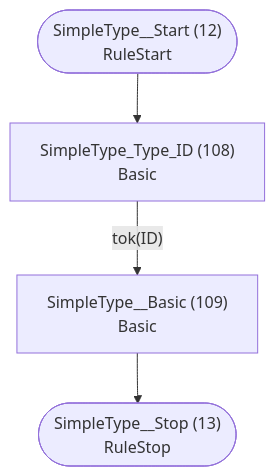
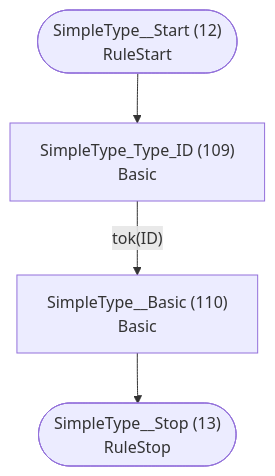
Before and after one commit to TypeFox/fastbelt: the seventh of 26 diagrams in internal/grammar/atn.md, drawn with Mermaid. The commit also changed other lines of this file and 53 other files, not shown here.

````diff
--- a/internal/grammar/atn.md
+++ b/internal/grammar/atn.md
@@ -188,11 +190,11 @@
 ```mermaid
 flowchart TD
     q12(["SimpleType__Start (12)<br/>RuleStart"])
     q13(["SimpleType__Stop (13)<br/>RuleStop"])
-    q108["SimpleType_Type_ID (108)<br/>Basic<br/>"]
-    q109["SimpleType__Basic (109)<br/>Basic<br/>"]
+    q109["SimpleType_Type_ID (109)<br/>Basic<br/>"]
+    q110["SimpleType__Basic (110)<br/>Basic<br/>"]
 
-    q12 --> q108
-    q108 -->|"tok(ID)"| q109
-    q109 --> q13
+    q12 --> q109
+    q109 -->|"tok(ID)"| q110
+    q110 --> q13
 ```
````
